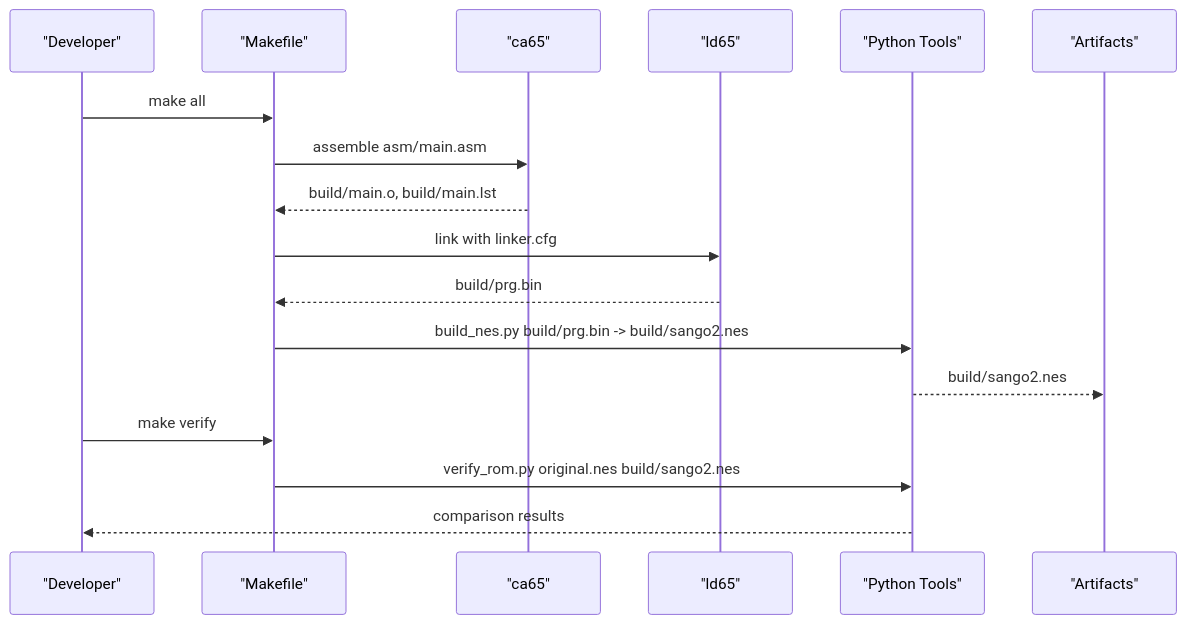
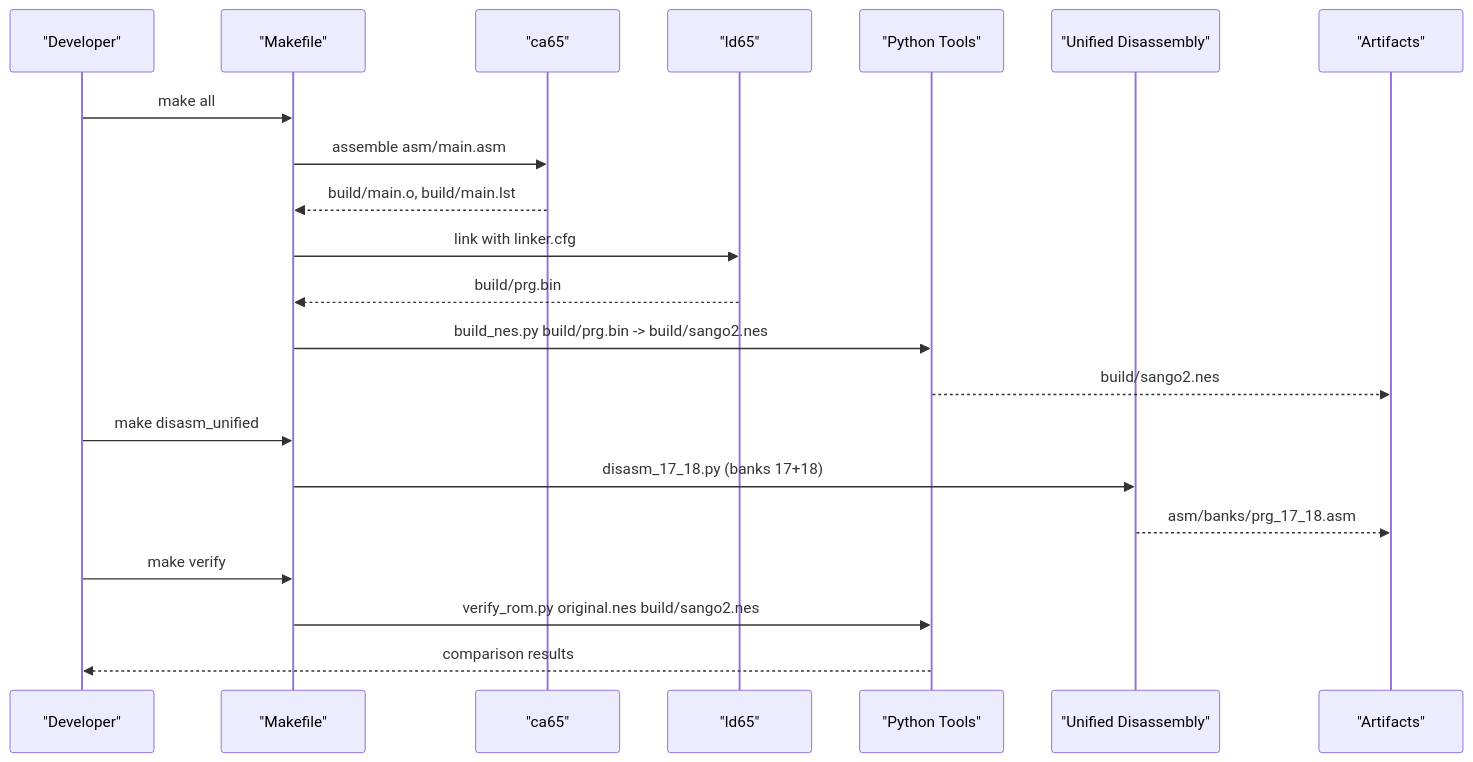
One commit to rabbyzero/sango2dasm changed the second of 3 diagrams in .qoder/repowiki/en/content/Build System and Tools/Makefile Targets and Usage.md. Above: the diagram before and after it, drawn with Mermaid. The commit also changed other lines of this file and 21 other files, not shown here.

````diff
--- a/.qoder/repowiki/en/content/Build System and Tools/Makefile Targets and Usage.md
+++ b/.qoder/repowiki/en/content/Build System and Tools/Makefile Targets and Usage.md
@@ -76,19 +98,23 @@
 ```mermaid
 sequenceDiagram
 participant Dev as "Developer"
 participant MK as "Makefile"
 participant CA as "ca65"
 participant LD as "ld65"
 participant PY as "Python Tools"
+participant UNI as "Unified Disassembly"
 participant OUT as "Artifacts"
 Dev->>MK : make all
 MK->>CA : assemble asm/main.asm
 CA-->>MK : build/main.o, build/main.lst
 MK->>LD : link with linker.cfg
 LD-->>MK : build/prg.bin
 MK->>PY : build_nes.py build/prg.bin -> build/sango2.nes
 PY-->>OUT : build/sango2.nes
+Dev->>MK : make disasm_unified
+MK->>UNI : disasm_17_18.py (banks 17+18)
+UNI-->>OUT : asm/banks/prg_17_18.asm
 Dev->>MK : make verify
 MK->>PY : verify_rom.py original.nes build/sango2.nes
 PY-->>Dev : comparison results
 ```
````
